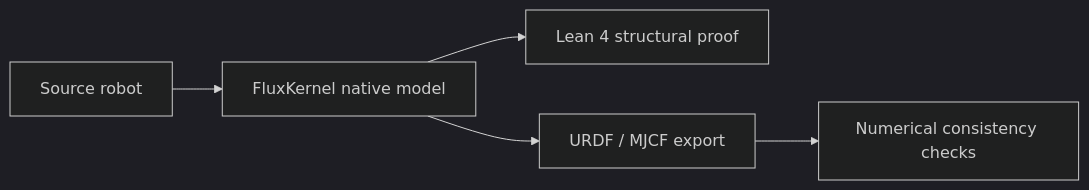
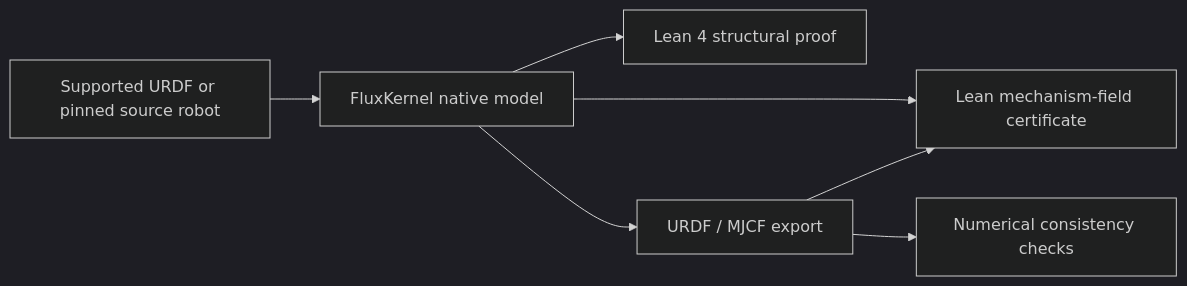
Before and after one commit to DataFlux-Robot/FluxKernal: the diagram in README.md, drawn with Mermaid (dark theme). The commit also changed other lines of this file and 15 other files, not shown here.

Commit message:
Add URDF tree import and Lean checks for exported mechanism semantics

````diff
--- a/README.md
+++ b/README.md
@@ -145,7 +146,9 @@
 ```mermaid
 flowchart LR
-  A[Source robot] --> B[FluxKernel native model]
+  A[Supported URDF or pinned source robot] --> B[FluxKernel native model]
   B --> C[Lean 4 structural proof]
   B --> D[URDF / MJCF export]
+  B --> F[Lean mechanism-field certificate]
+  D --> F
   D --> E[Numerical consistency checks]
 ```
````
